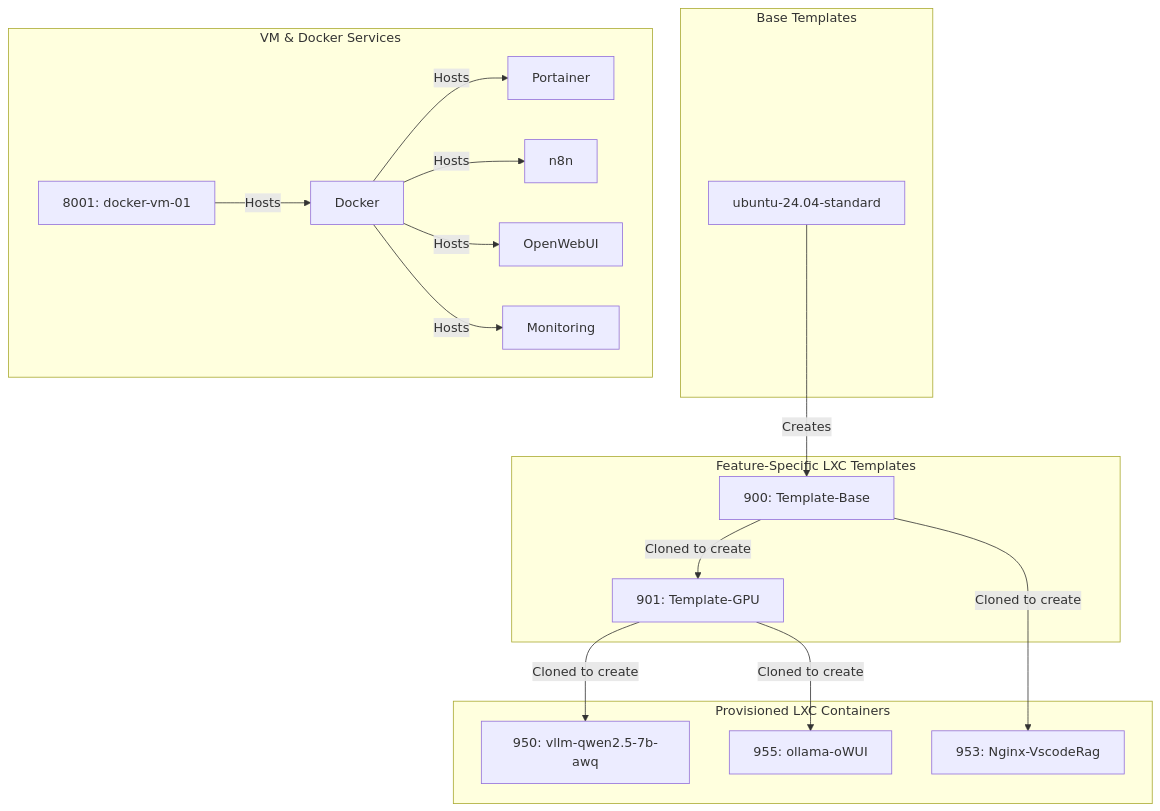
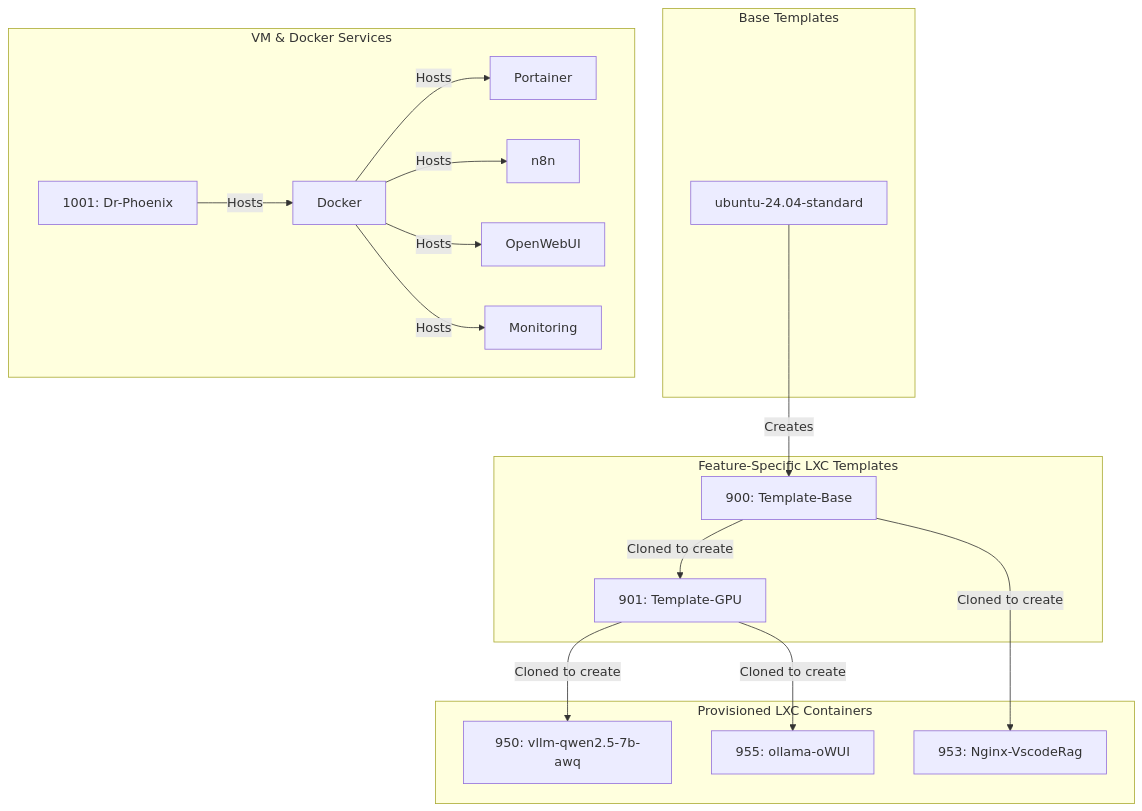
The fourth of 5 diagrams in Thinkheads.AI_docs/02_technical_strategy_and_architecture/26_phoenix_hypervisor_unified_architecture_guide.md (SirHeads/Testing-ideas), drawn with Mermaid before and after one commit. The commit also changed other lines of this file and 7 other files, not shown here.

````diff
--- a/Thinkheads.AI_docs/02_technical_strategy_and_architecture/26_phoenix_hypervisor_unified_architecture_guide.md
+++ b/Thinkheads.AI_docs/02_technical_strategy_and_architecture/26_phoenix_hypervisor_unified_architecture_guide.md
@@ -218,39 +218,39 @@
 ```mermaid
 graph TD
     subgraph "Base Templates"
         T1[ubuntu-24.04-standard]
     end
 
     subgraph "Feature-Specific LXC Templates"
         T2[900: Template-Base]
         T3[901: Template-GPU]
     end
 
     subgraph "Provisioned LXC Containers"
         C1[950: vllm-qwen2.5-7b-awq]
         C2[953: Nginx-VscodeRag]
         C3[955: ollama-oWUI]
     end
 
     subgraph "VM & Docker Services"
-        VM[8001: docker-vm-01]
+        VM[1001: Dr-Phoenix]
         Docker["Docker"]
         Portainer["Portainer"]
         N8N["n8n"]
         OpenWebUI["OpenWebUI"]
         Monitoring["Monitoring"]
     end
 
     T1 -- Creates --> T2
     T2 -- Cloned to create --> T3
 
     T3 -- Cloned to create --> C1
     T2 -- Cloned to create --> C2
     T3 -- Cloned to create --> C3
 
     VM -- Hosts --> Docker
     Docker -- Hosts --> Portainer
     Docker -- Hosts --> N8N
     Docker -- Hosts --> OpenWebUI
     Docker -- Hosts --> Monitoring
 ```
````
